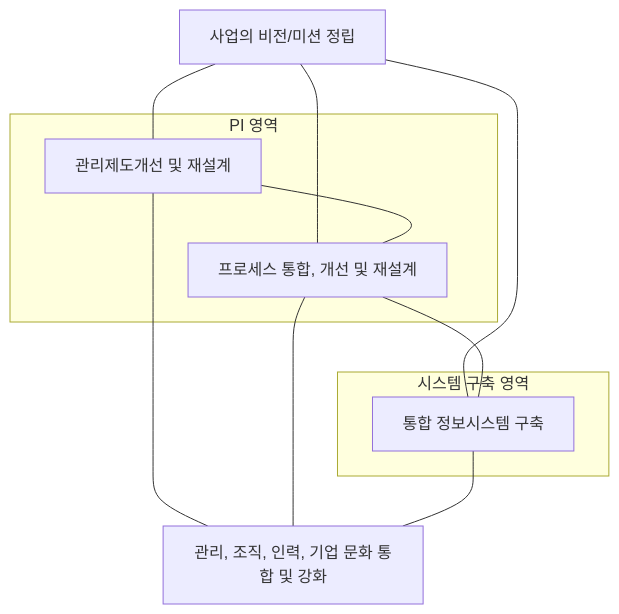
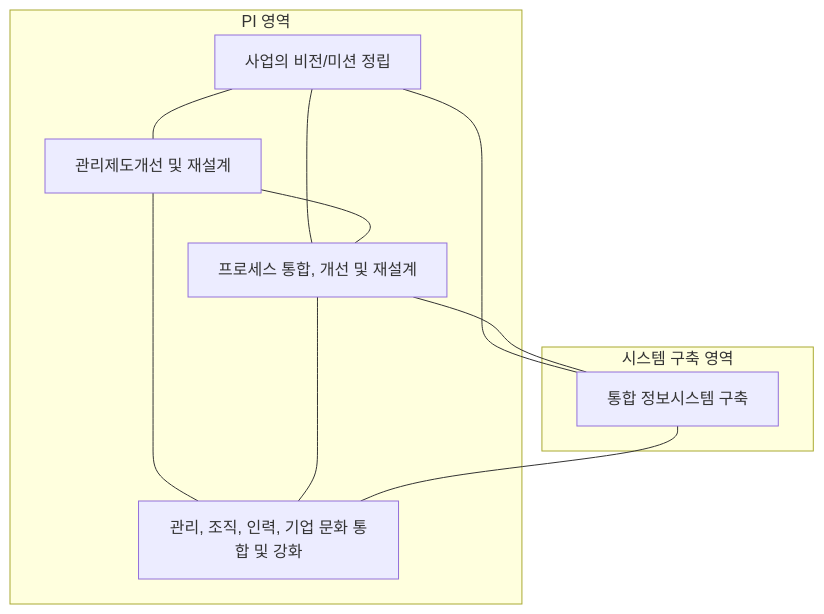
One commit to jhs512/topcit changed the second of 2 diagrams in output/markdown/pages/page-071.md. Above: the diagram before and after it, drawn with Mermaid. The commit also changed 127 other files, not shown here.

````diff
--- a/output/markdown/pages/page-071.md
+++ b/output/markdown/pages/page-071.md
@@ -19,17 +19,19 @@
 ```mermaid
 flowchart TB
     A[사업의 비전/미션 정립] --- B[관리제도개선 및 재설계]
     A --- C[프로세스 통합, 개선 및 재설계]
     A --- D[통합 정보시스템 구축]
     B --- C --- D
     B --- E[관리, 조직, 인력, 기업 문화 통합 및 강화]
     C --- E
     D --- E
     subgraph PI 영역
+        A
         B
         C
+        E
     end
     subgraph 시스템 구축 영역
         D
     end
 ```
````
